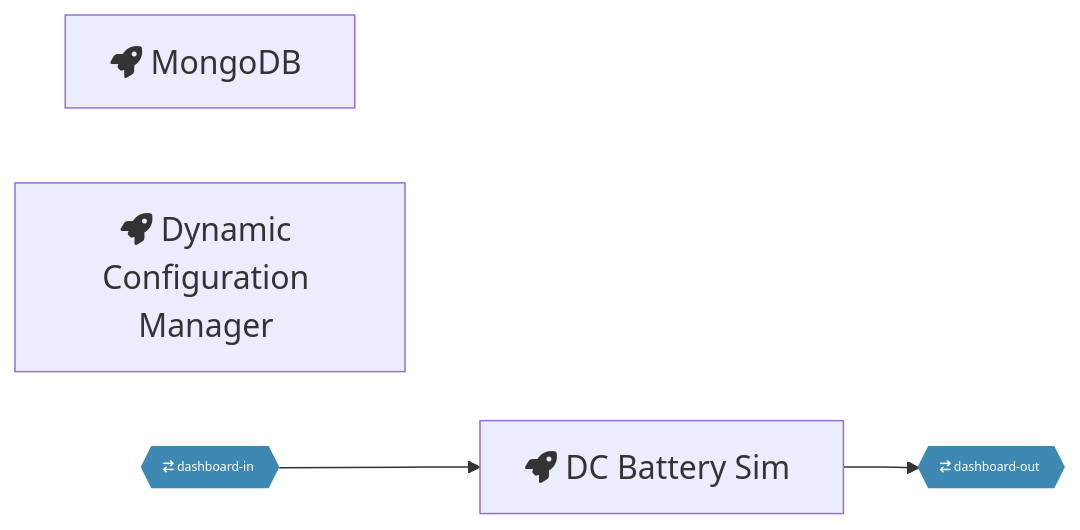
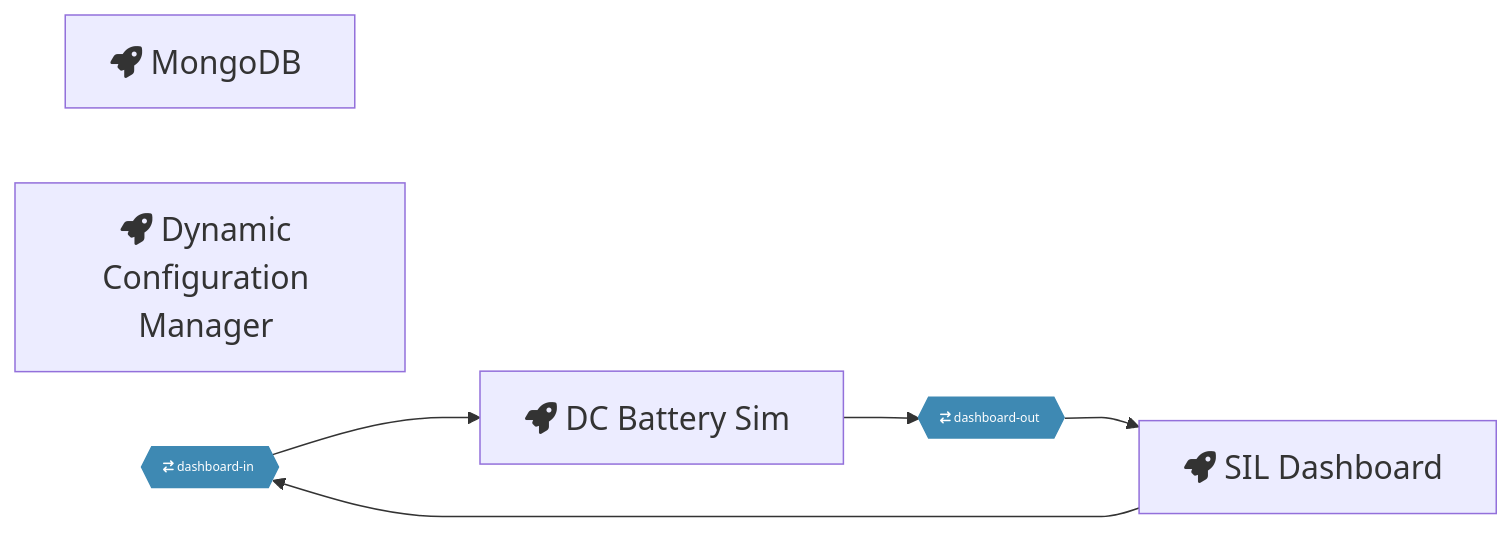
Before and after one commit to LudvikQuix/quixstreams-tests: the diagram in pipeline.md, drawn with Mermaid. The commit also changed 1 other file, not shown here.

Commit message:
fix(dashboard): add app.yaml defaults for PLANT_KEY and LEXICON_TARGET_KEY

````diff
--- a/pipeline.md
+++ b/pipeline.md
@@ -1,15 +1,17 @@
 ```mermaid
 %%{ init: { 'flowchart': { 'curve': 'monotoneX' } } }%%
 graph LR;
 MongoDB[fa:fa-rocket MongoDB &#8205]
 Dynamic_Configuration_Manager[fa:fa-rocket Dynamic Configuration Manager &#8205]
 dashboard-in{{ fa:fa-arrow-right-arrow-left dashboard-in &#8205}}:::topic --> DC_Battery_Sim[fa:fa-rocket DC Battery Sim &#8205];
 DC_Battery_Sim[fa:fa-rocket DC Battery Sim &#8205] --> dashboard-out{{ fa:fa-arrow-right-arrow-left dashboard-out &#8205}}:::topic;
+dashboard-out{{ fa:fa-arrow-right-arrow-left dashboard-out &#8205}}:::topic --> SIL_Dashboard[fa:fa-rocket SIL Dashboard &#8205];
+SIL_Dashboard[fa:fa-rocket SIL Dashboard &#8205] --> dashboard-in{{ fa:fa-arrow-right-arrow-left dashboard-in &#8205}}:::topic;
 
 
 classDef default font-size:110%;
 classDef topic font-size:80%;
 classDef topic fill:#3E89B3;
 classDef topic stroke:#3E89B3;
 classDef topic color:white;
 ```
````
